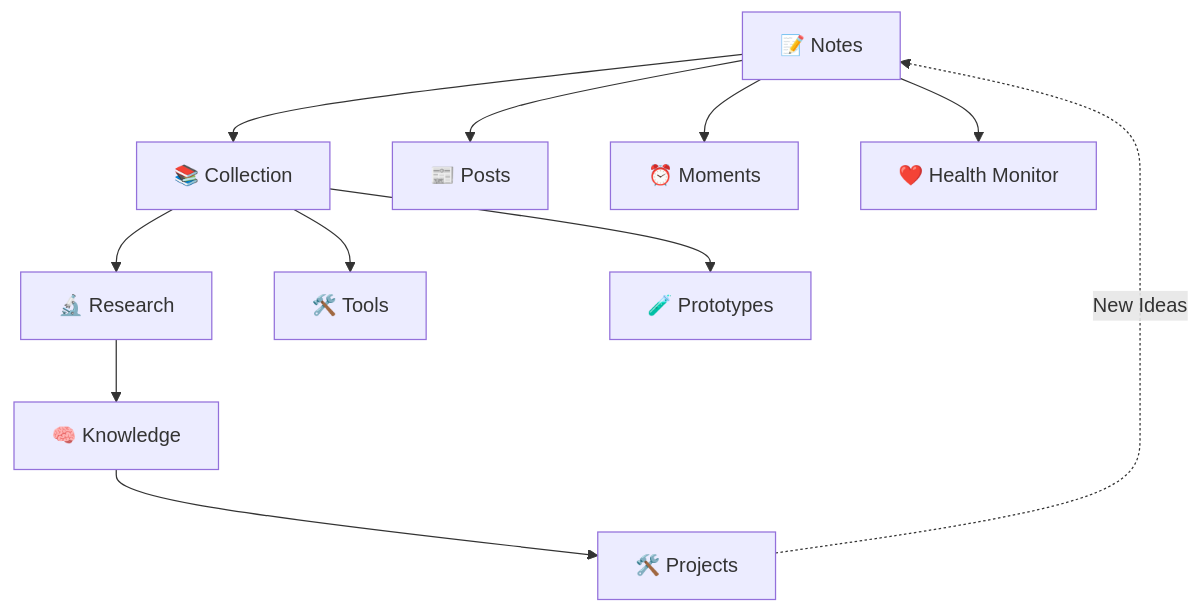
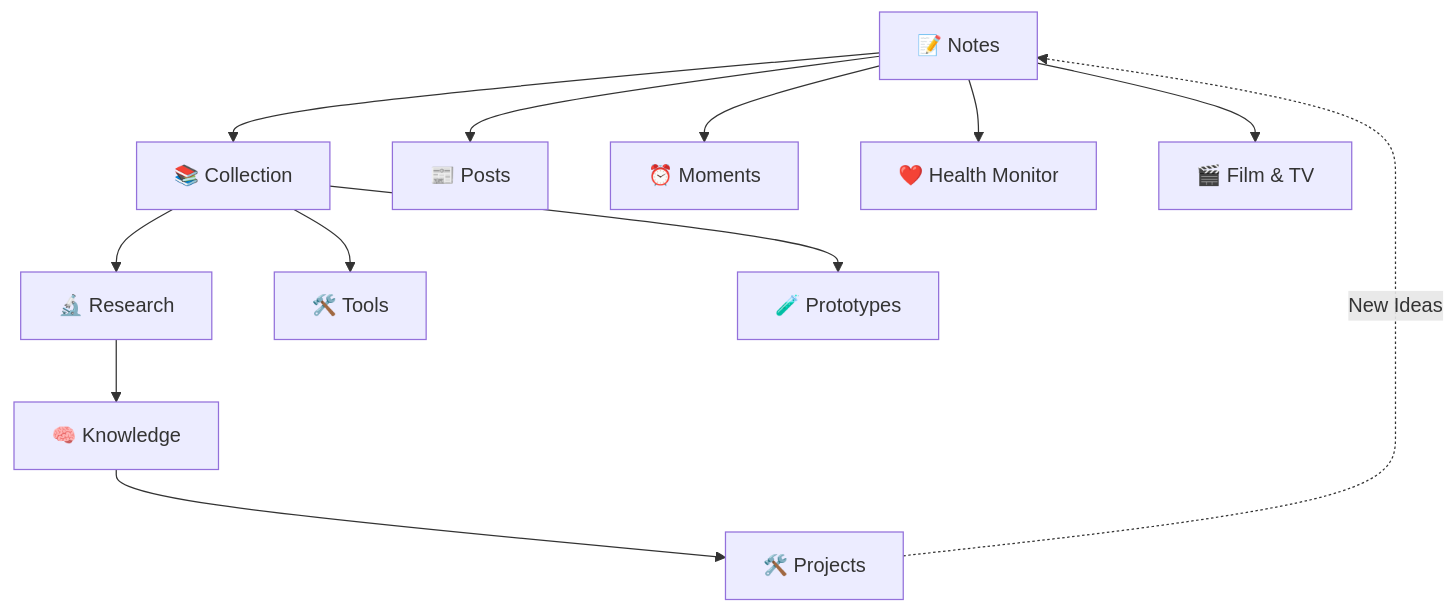
One commit to xiongjia/xiongjia.github.com changed the diagram in docs/notes/_index_content.md. Above: the diagram before and after it, drawn with Mermaid. The commit also changed other lines of this file and 64 other files, not shown here.

````diff
--- a/docs/notes/_index_content.md
+++ b/docs/notes/_index_content.md
@@ -10,24 +10,26 @@
 ```mermaid
 graph TD
   A["📝 Notes"] --> B["📚 Collection"]
   B --> C["🔬 Research"]
   C --> K["🧠 Knowledge"]
   K --> D["🛠️ Projects"]
   D -.->|New Ideas| A
   A --> E["📰 Posts"]
   A --> F["⏰ Moments"]
   A --> G["❤️ Health Monitor"]
+  A --> J["🎬 Film & TV"]
   B --> I["🛠️ Tools"]
   B --> H["🧪 Prototypes"]
 
   click A "/notes/" "Notes"
   click B "/notes/collection/" "Collection"
   click C "/notes/research/" "Research"
   click K "/notes/knowledge/" "Knowledge"
   click D "/projects/" "Projects"
   click E "/notes/posts/" "Posts"
   click F "/moments/" "Moments"
   click G "/notes/health/" "Health Monitor"
+  click J "/notes/film-tv/" "Film & TV"
   click H "/notes/prototypes/" "Prototypes"
   click I "/notes/tools/" "Tools"
 ```
````
